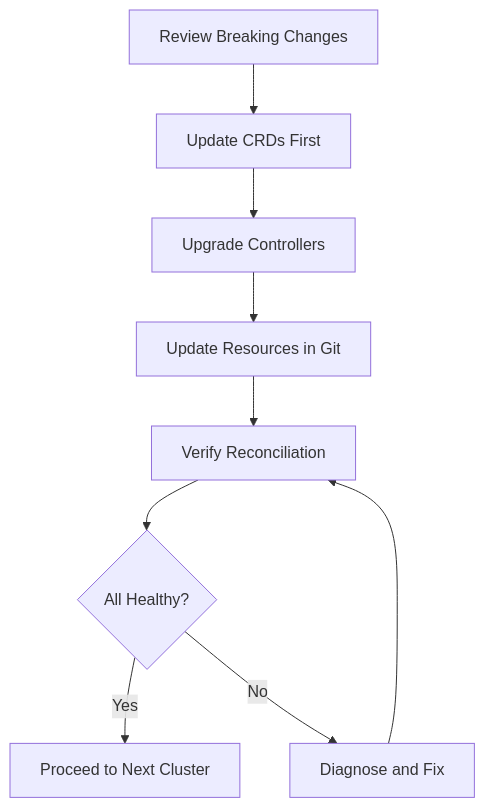
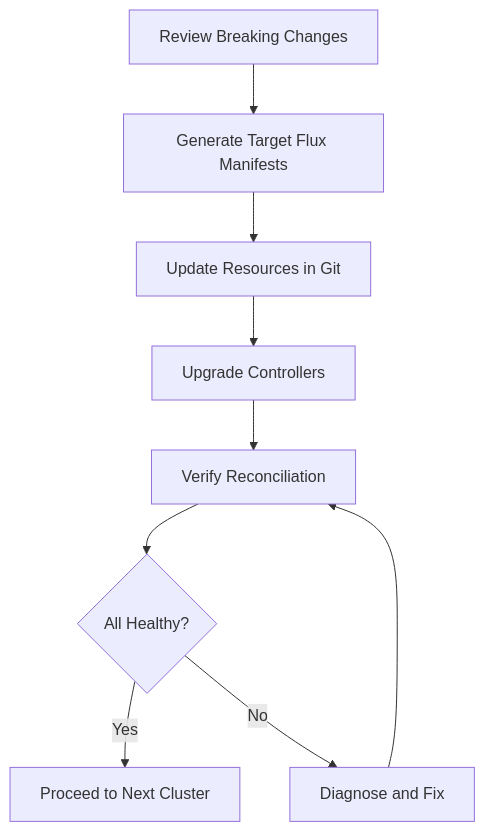
Before and after one commit to OneUptime/blog: the diagram in posts/2026-03-06-handle-breaking-changes-upgrading-flux-cd/README.md, drawn with Mermaid. The commit also changed other lines of this file and 2 other files, not shown here.

Commit message:
validate: 2026-03-06-handle-breaking-changes-upgrading-flux-cd

````diff
--- a/posts/2026-03-06-handle-breaking-changes-upgrading-flux-cd/README.md
+++ b/posts/2026-03-06-handle-breaking-changes-upgrading-flux-cd/README.md
@@ -310,11 +306,11 @@
 ```mermaid
 graph TD
-    A[Review Breaking Changes] --> B[Update CRDs First]
-    B --> C[Upgrade Controllers]
-    C --> D[Update Resources in Git]
+    A[Review Breaking Changes] --> B[Generate Target Flux Manifests]
+    B --> C[Update Resources in Git]
+    C --> D[Upgrade Controllers]
     D --> E[Verify Reconciliation]
     E --> F{All Healthy?}
     F -->|Yes| G[Proceed to Next Cluster]
     F -->|No| H[Diagnose and Fix]
     H --> E
 ```
````
